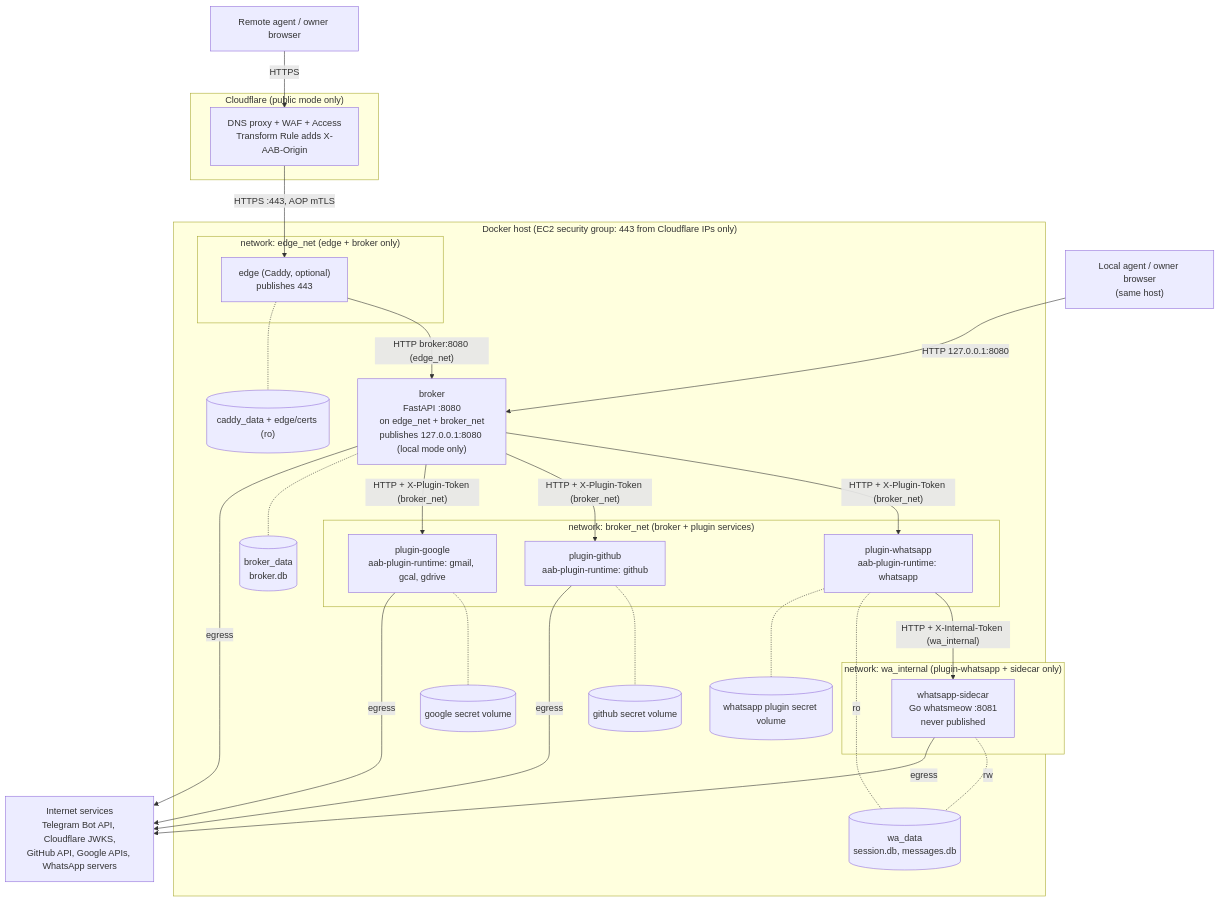
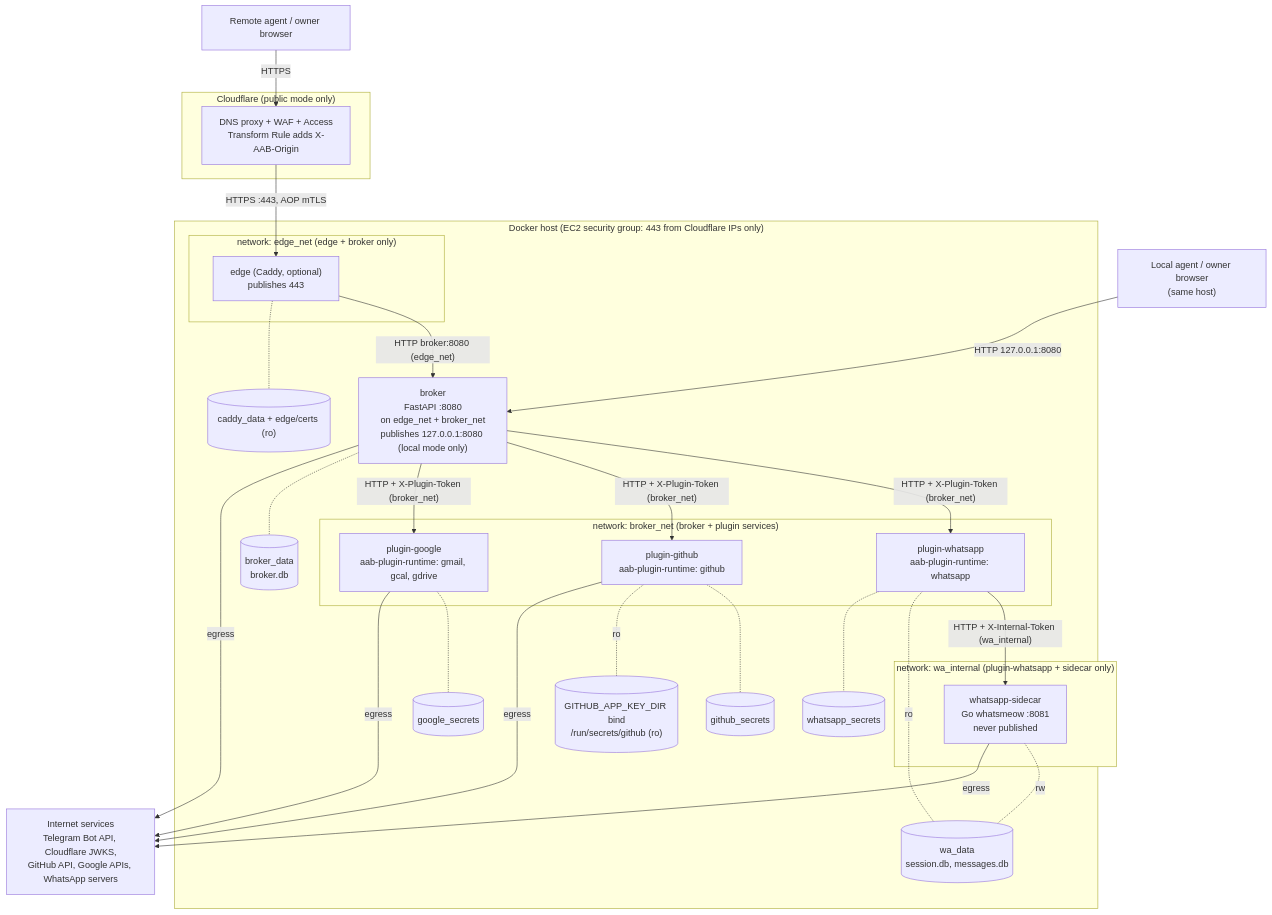
One commit to pelegw/agent-authority-broker changed the first of 3 diagrams in docs/architecture.md. Above: the diagram before and after it, drawn with Mermaid. The commit also changed other lines of this file, not shown here.

First line of the commit message:
architecture.md: sync with the phase 3 infra merge

````diff
--- a/docs/architecture.md
+++ b/docs/architecture.md
@@ -254,51 +256,53 @@
 ```mermaid
 flowchart TB
   AGL["Local agent / owner browser<br/>(same host)"]
   subgraph CFZ["Cloudflare (public mode only)"]
     CF["DNS proxy + WAF + Access<br/>Transform Rule adds X-AAB-Origin"]
   end
   AGP["Remote agent / owner browser"]
 
   subgraph HOST["Docker host (EC2 security group: 443 from Cloudflare IPs only)"]
     subgraph EN["network: edge_net (edge + broker only)"]
       EDGE["edge (Caddy, optional)<br/>publishes 443"]
     end
     BROKER["broker<br/>FastAPI :8080<br/>on edge_net + broker_net<br/>publishes 127.0.0.1:8080 (local mode only)"]
     subgraph BN["network: broker_net (broker + plugin services)"]
       PWA["plugin-whatsapp<br/>aab-plugin-runtime: whatsapp"]
       PGH["plugin-github<br/>aab-plugin-runtime: github"]
       PGO["plugin-google<br/>aab-plugin-runtime: gmail, gcal, gdrive"]
     end
     subgraph WN["network: wa_internal (plugin-whatsapp + sidecar only)"]
       SC["whatsapp-sidecar<br/>Go whatsmeow :8081<br/>never published"]
     end
     VB[("broker_data<br/>broker.db")]
     VW[("wa_data<br/>session.db, messages.db")]
-    VGH[("github secret volume")]
-    VGO[("google secret volume")]
-    VWS[("whatsapp plugin secret volume")]
+    VGH[("github_secrets")]
+    VPEM[("GITHUB_APP_KEY_DIR bind<br/>/run/secrets/github (ro)")]
+    VGO[("google_secrets")]
+    VWS[("whatsapp_secrets")]
     VC[("caddy_data + edge/certs (ro)")]
   end
 
   EXT["Internet services<br/>Telegram Bot API, Cloudflare JWKS,<br/>GitHub API, Google APIs, WhatsApp servers"]
 
   AGP -->|HTTPS| CF
   CF -->|"HTTPS :443, AOP mTLS"| EDGE
   EDGE -->|"HTTP broker:8080 (edge_net)"| BROKER
   AGL -->|"HTTP 127.0.0.1:8080"| BROKER
   BROKER -->|"HTTP + X-Plugin-Token (broker_net)"| PWA
   BROKER -->|"HTTP + X-Plugin-Token (broker_net)"| PGH
   BROKER -->|"HTTP + X-Plugin-Token (broker_net)"| PGO
   PWA -->|"HTTP + X-Internal-Token (wa_internal)"| SC
   BROKER -.- VB
   SC -.-|rw| VW
   PWA -.-|ro| VW
   PWA -.- VWS
   PGH -.- VGH
+  PGH -.-|ro| VPEM
   PGO -.- VGO
   EDGE -.- VC
   BROKER -->|egress| EXT
   PGH -->|egress| EXT
   PGO -->|egress| EXT
   SC -->|egress| EXT
 ```
````
